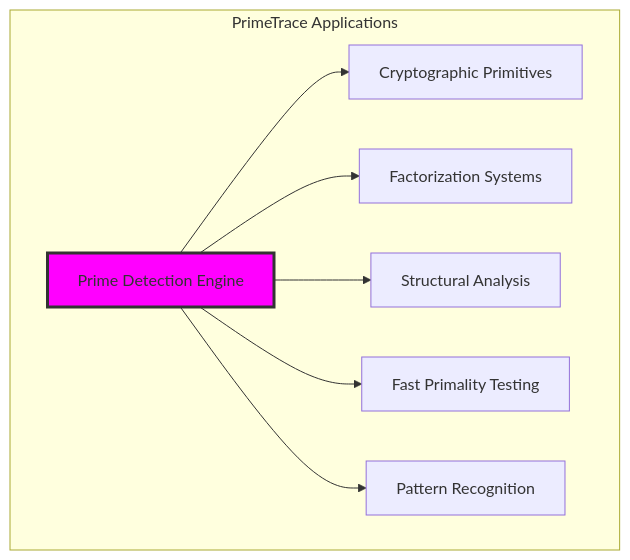
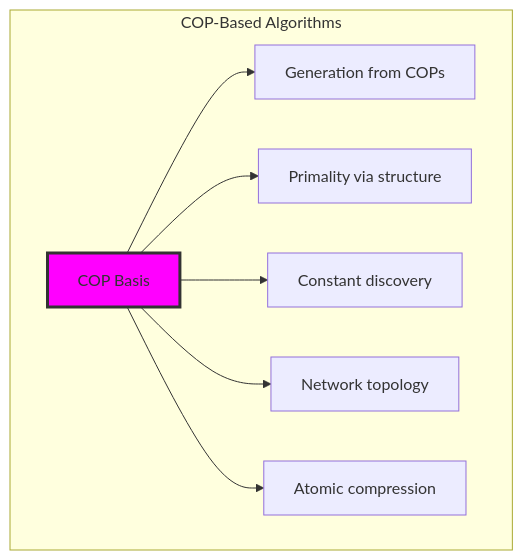
Before and after one commit to loning/the-binarymath: diagram 13 of 13 in docs/codex/volume-01-trace-numbers/chapter-023-prime-trace.md, drawn with Mermaid. The commit also changed other lines of this file and 4 other files, not shown here.

````diff
--- a/docs/codex/volume-01-trace-numbers/chapter-023-prime-trace.md
+++ b/docs/codex/volume-01-trace-numbers/chapter-023-prime-trace.md
@@ -540,16 +591,16 @@
 ```mermaid
 graph TD
-    subgraph "PrimeTrace Applications"
-        CRYPTO["Cryptographic Primitives"]
-        FACTORIZATION["Factorization Systems"]
-        STRUCTURAL["Structural Analysis"]
-        OPTIMIZATION["Fast Primality Testing"]
-        PATTERNS["Pattern Recognition"]
+    subgraph "COP-Based Algorithms"
+        GENERATE["Generation from COPs"]
+        TEST["Primality via structure"]
+        SEARCH["Constant discovery"]
+        ANALYZE["Network topology"]
+        COMPRESS["Atomic compression"]
         
-        PRIME_CORE["Prime Detection Engine"]
+        COP_BASIS["COP Basis"]
         
-        PRIME_CORE --> CRYPTO & FACTORIZATION & STRUCTURAL & OPTIMIZATION & PATTERNS
+        COP_BASIS --> GENERATE & TEST & SEARCH & ANALYZE & COMPRESS
     end
     
-    style PRIME_CORE fill:#f0f,stroke:#333,stroke-width:3px
+    style COP_BASIS fill:#f0f,stroke:#333,stroke-width:3px
 ```
````
